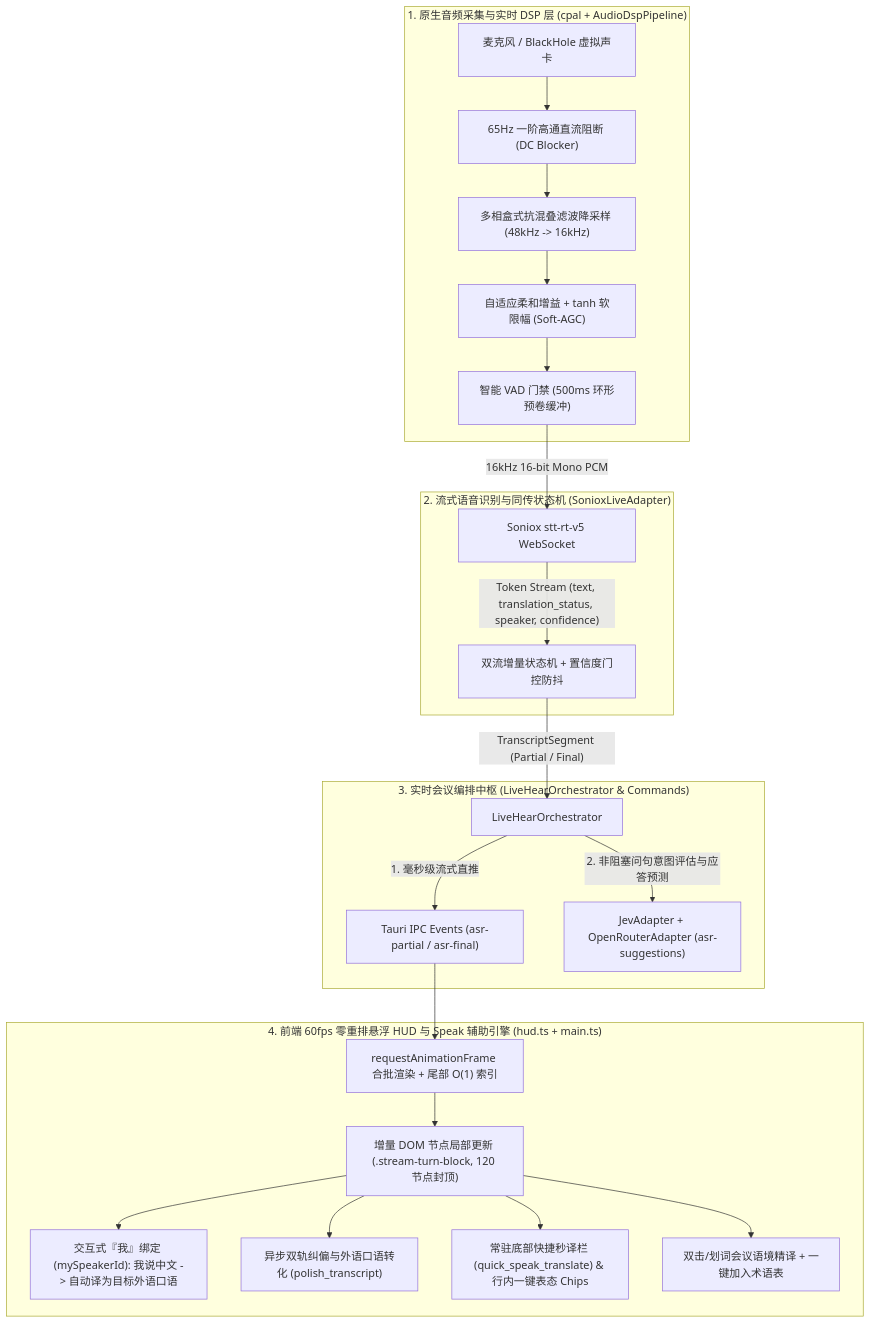
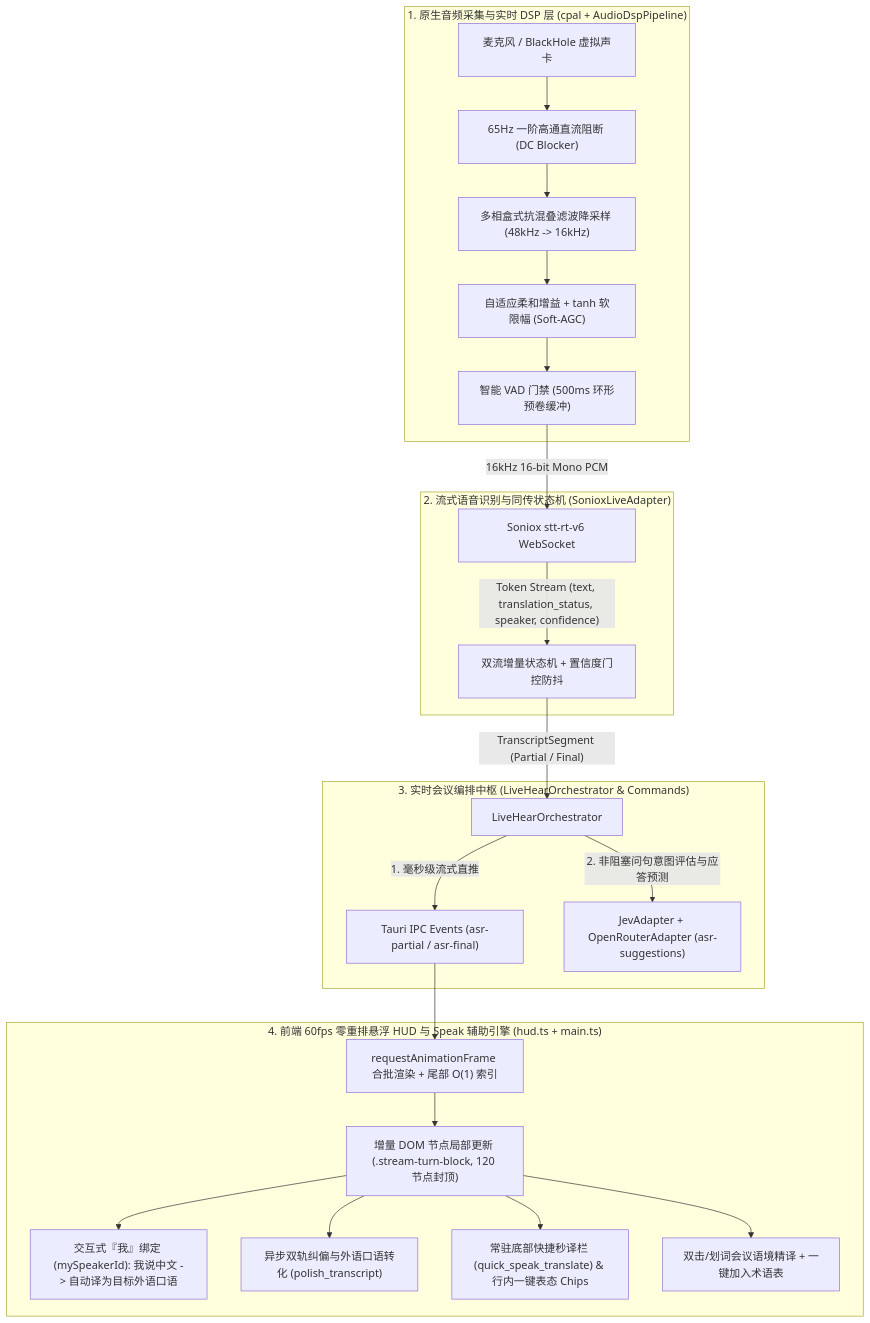
The diagram in ARCHITECTURE.md (locustbaby/livehear), drawn with Mermaid before and after one commit. The commit also changed other lines of this file and 16 other files, not shown here.

````diff
--- a/ARCHITECTURE.md
+++ b/ARCHITECTURE.md
@@ -11,29 +11,29 @@
 ```mermaid
 flowchart TD
     subgraph AudioLayer["1. 原生音频采集与实时 DSP 层 (cpal + AudioDspPipeline)"]
         Mic["麦克风 / BlackHole 虚拟声卡"] --> HPF["65Hz 一阶高通直流阻断 (DC Blocker)"]
         HPF --> Polyphase["多相盒式抗混叠滤波降采样 (48kHz -> 16kHz)"]
         Polyphase --> SoftAGC["自适应柔和增益 + tanh 软限幅 (Soft-AGC)"]
         SoftAGC --> VadGate["智能 VAD 门禁 (500ms 环形预卷缓冲)"]
     end
 
     subgraph AsrLayer["2. 流式语音识别与同传状态机 (SonioxLiveAdapter)"]
-        VadGate -->|"16kHz 16-bit Mono PCM"| SonioxWS["Soniox stt-rt-v5 WebSocket"]
+        VadGate -->|"16kHz 16-bit Mono PCM"| SonioxWS["Soniox stt-rt-v6 WebSocket"]
         SonioxWS -->|"Token Stream (text, translation_status, speaker, confidence)"| StateMachine["双流增量状态机 + 置信度门控防抖"]
     end
 
     subgraph OrchestratorLayer["3. 实时会议编排中枢 (LiveHearOrchestrator & Commands)"]
         StateMachine -->|"TranscriptSegment (Partial / Final)"| Orch["LiveHearOrchestrator"]
         Orch -->|"1. 毫秒级流式直推"| TauriIPC["Tauri IPC Events (asr-partial / asr-final)"]
         Orch -->|"2. 非阻塞问句意图评估与应答预测"| JevGate["JevAdapter + OpenRouterAdapter (asr-suggestions)"]
     end
 
     subgraph HudLayer["4. 前端 60fps 零重排悬浮 HUD 与 Speak 辅助引擎 (hud.ts + main.ts)"]
         TauriIPC --> RAF["requestAnimationFrame 合批渲染 + 尾部 O(1) 索引"]
         RAF --> TurnDOM["增量 DOM 节点局部更新 (.stream-turn-block, 120 节点封顶)"]
         TurnDOM --> MySpeaker["交互式『我』绑定 (mySpeakerId): 我说中文 -> 自动译为目标外语口语"]
         TurnDOM --> Polish["异步双轨纠偏与外语口语转化 (polish_transcript)"]
         TurnDOM --> QuickSpeak["常驻底部快捷秒译栏 (quick_speak_translate) & 行内一键表态 Chips"]
         TurnDOM --> SelectionLookup["双击/划词会议语境精译 + 一键加入术语表"]
     end
 ```
````
